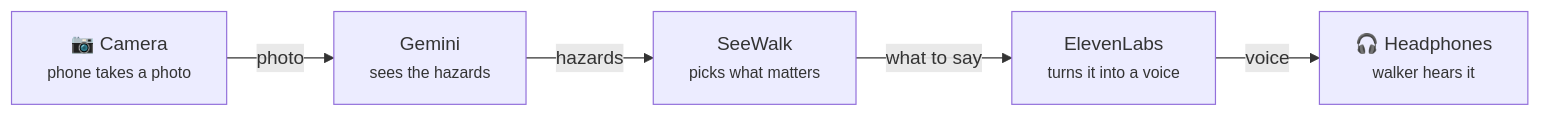
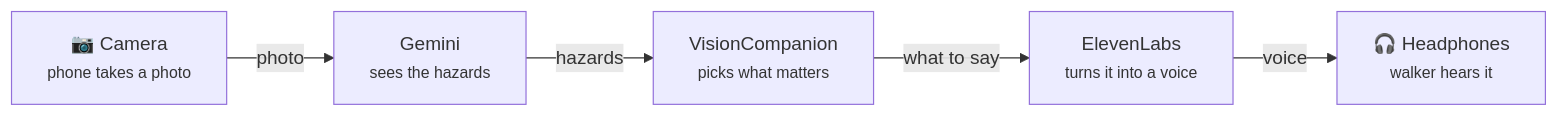
The diagram in README.md (dkabduli/SeeWalk), drawn with Mermaid before and after one commit. The commit also changed other lines of this file and 397 other files, not shown here.

First line of the commit message:
Rename the product to VisionCompanion and speak only when a walk needs it.

````diff
--- a/README.md
+++ b/README.md
@@ -13,7 +13,7 @@
 ```mermaid
 flowchart LR
     A["📷 Camera<br/><small>phone takes a photo</small>"] -- photo --> B["Gemini<br/><small>sees the hazards</small>"]
-    B -- hazards --> C["SeeWalk<br/><small>picks what matters</small>"]
+    B -- hazards --> C["VisionCompanion<br/><small>picks what matters</small>"]
     C -- what to say --> D["ElevenLabs<br/><small>turns it into a voice</small>"]
     D -- voice --> E["🎧 Headphones<br/><small>walker hears it</small>"]
 ```
````
